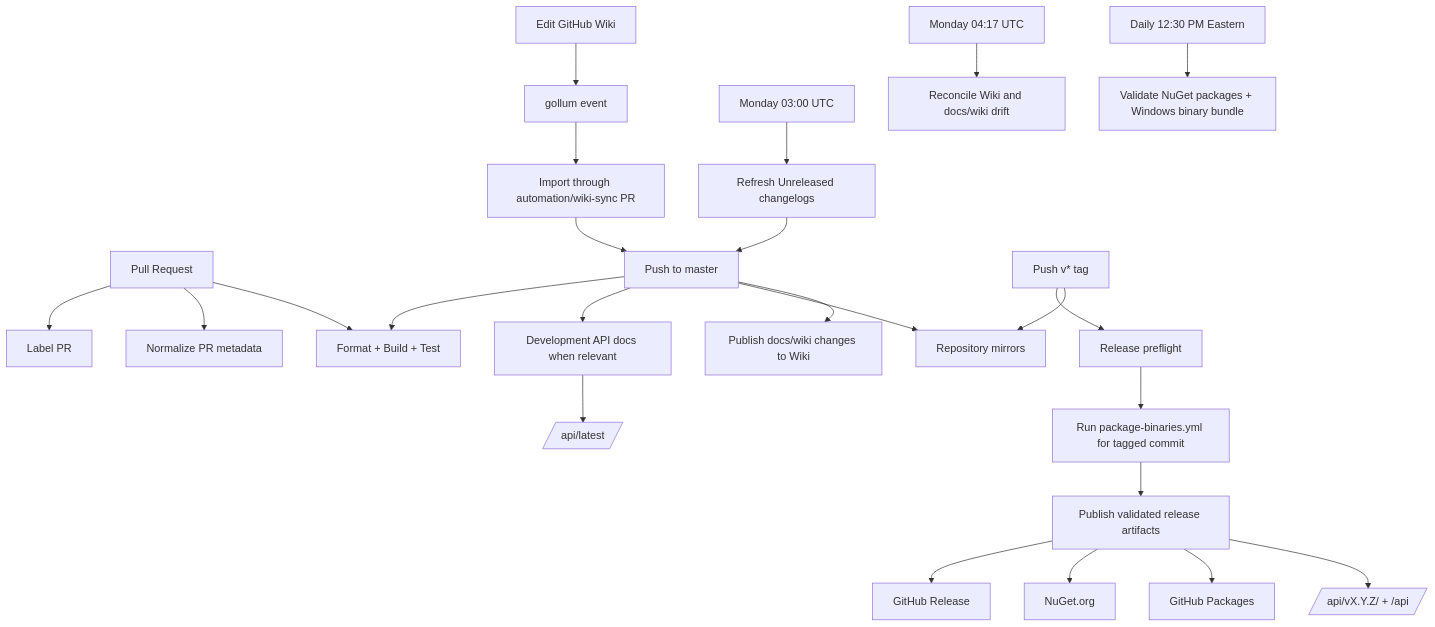
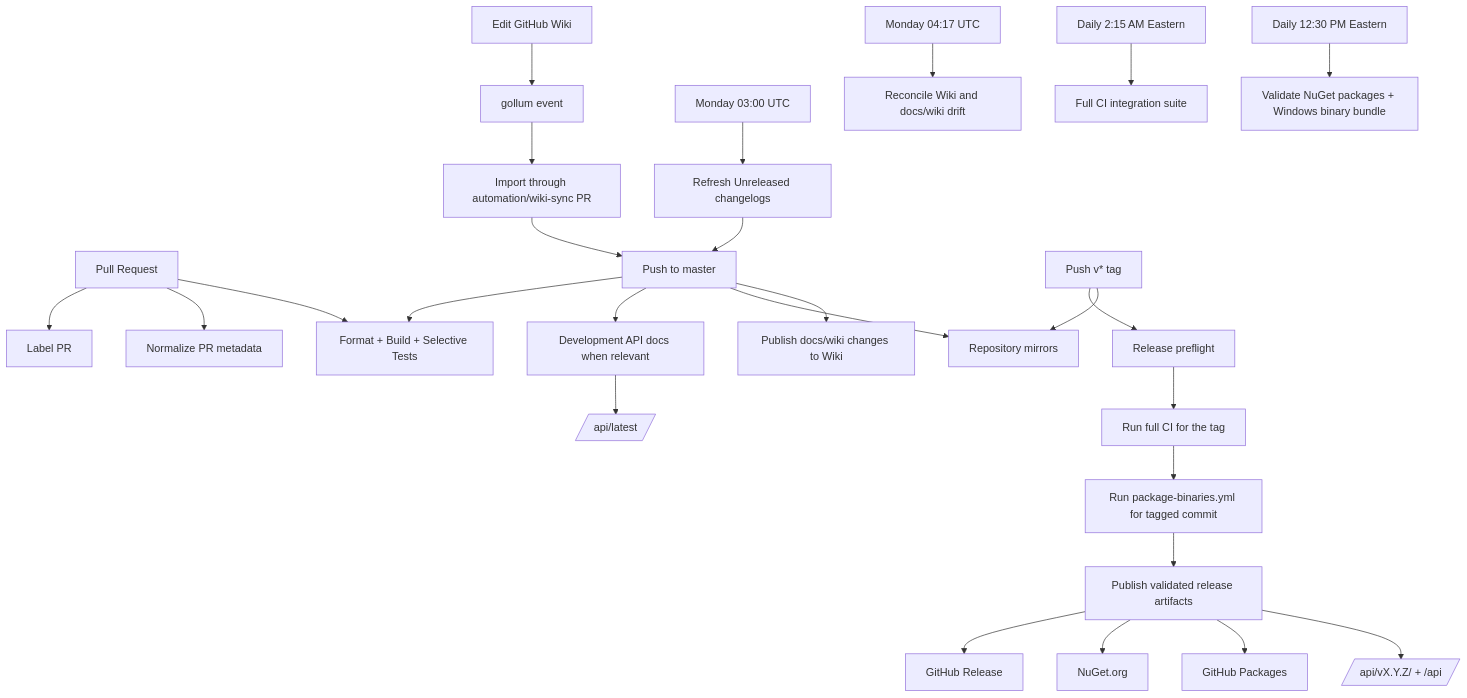
One commit to Isthimius/Gondwana changed the first of 3 diagrams in docs/wiki/GitHub-Automation-and-Workflows.md. Above: the diagram before and after it, drawn with Mermaid. The commit also changed other lines of this file and 5 other files, not shown here.

````diff
--- a/docs/wiki/GitHub-Automation-and-Workflows.md
+++ b/docs/wiki/GitHub-Automation-and-Workflows.md
@@ -69,33 +70,35 @@
 ```mermaid
 flowchart TD
     PR[Pull Request] --> LABEL[Label PR]
     PR --> FORMAT[Normalize PR metadata]
-    PR --> CI[Format + Build + Test]
+    PR --> CI[Format + Build + Selective Tests]
 
     MASTER[Push to master] --> CI
     MASTER --> DOCS[Development API docs when relevant]
     MASTER --> MIRRORS[Repository mirrors]
     MASTER --> WIKIPUB[Publish docs/wiki changes to Wiki]
 
     WIKIEDIT[Edit GitHub Wiki] --> GOLLUM[gollum event]
     GOLLUM --> WIKIIMPORT[Import through automation/wiki-sync PR]
     WIKIIMPORT --> MASTER
 
     CHGWEEKLY[Monday 03:00 UTC] --> CHG[Refresh Unreleased changelogs]
     CHG --> MASTER
 
     WIKIWEEKLY[Monday 04:17 UTC] --> RECONCILE[Reconcile Wiki and docs/wiki drift]
 
+    NIGHTLY[Daily 2:15 AM Eastern] --> FULLCI[Full CI integration suite]
     DAILY[Daily 12:30 PM Eastern] --> PKG[Validate NuGet packages + Windows binary bundle]
 
     TAG[Push v* tag] --> RELEASE[Release preflight]
     TAG --> MIRRORS
-    RELEASE --> SHARED[Run package-binaries.yml for tagged commit]
+    RELEASE --> VALIDATE[Run full CI for the tag]
+    VALIDATE --> SHARED[Run package-binaries.yml for tagged commit]
     SHARED --> PUB[Publish validated release artifacts]
     PUB --> GHREL[GitHub Release]
     PUB --> NUGET[NuGet.org]
     PUB --> GHPKG[GitHub Packages]
     PUB --> STABLEAPI[/api/vX.Y.Z/ + /api/]
 
     DOCS --> DEVAPI[/api/latest/]
 ```
````
